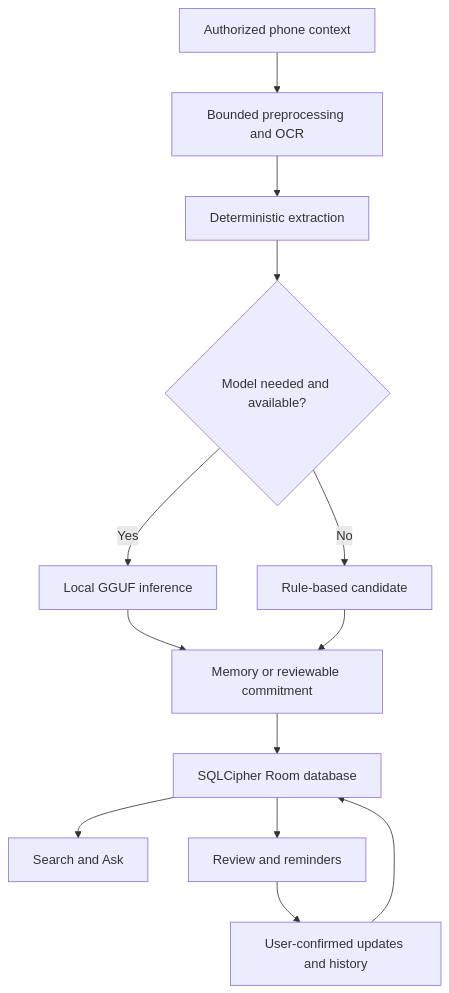
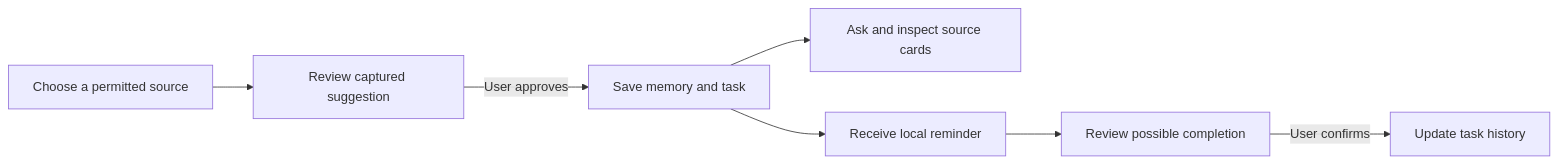
The diagram in README.md (AntiDynamic/retenqo), drawn with Mermaid before and after one commit. The commit also changed other lines of this file and 38 other files, not shown here.

````diff
--- a/README.md
+++ b/README.md
@@ -60,15 +27,9 @@
 ```mermaid
-flowchart TD
- A[Authorized phone context] --> B[Bounded preprocessing and OCR]
- B --> C[Deterministic extraction]
- C --> D{Model needed and available?}
- D -->|Yes| E[Local GGUF inference]
- D -->|No| F[Rule-based candidate]
- E --> G[Memory or reviewable commitment]
- F --> G
- G --> H[SQLCipher Room database]
- H --> I[Search and Ask]
- H --> J[Review and reminders]
- J --> K[User-confirmed updates and history]
- K --> H
+flowchart LR
+  A[Choose a permitted source] --> B[Review captured suggestion]
+  B -->|User approves| C[Save memory and task]
+  C --> D[Ask and inspect source cards]
+  C --> E[Receive local reminder]
+  E --> F[Review possible completion]
+  F -->|User confirms| G[Update task history]
 ```
````
